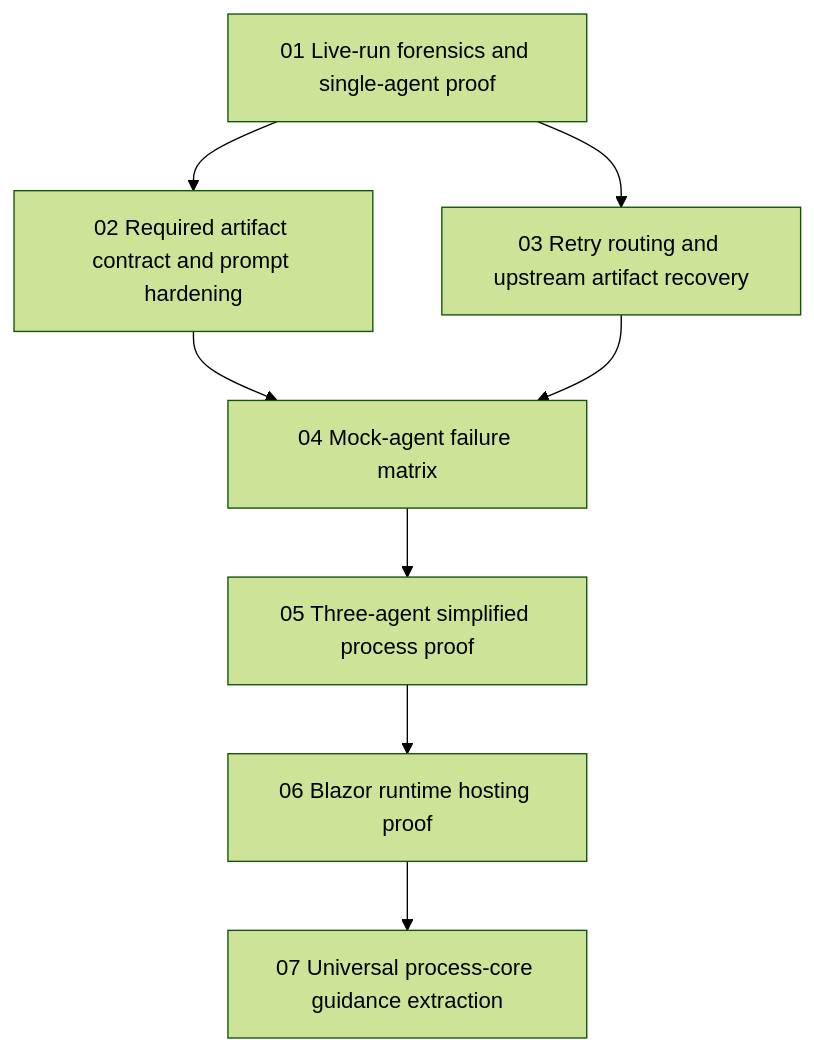
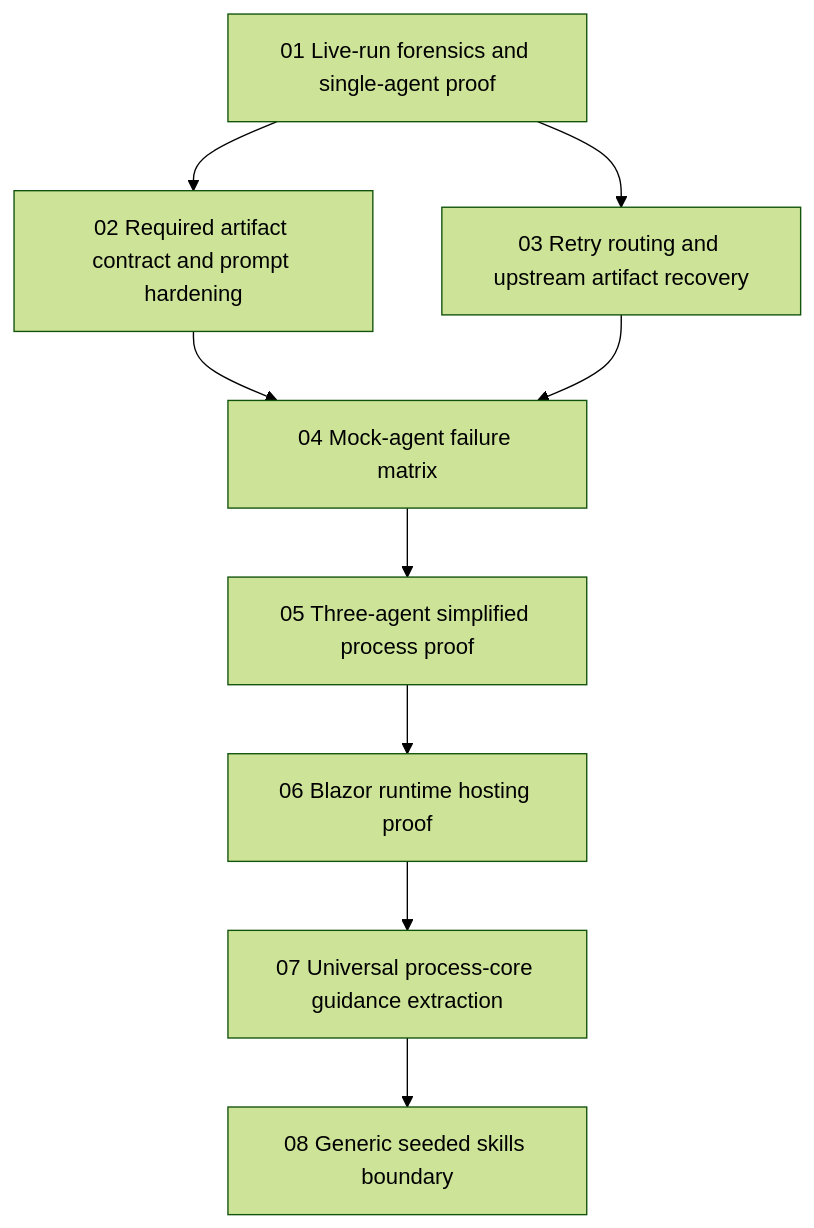
One commit to fyziktom/CanDoItAll changed the diagram in codex/bundles/agent-process-artifact-recovery-hardening/plan/01-phase-plan.md. Above: the diagram before and after it, drawn with Mermaid (forest theme). The commit also changed other lines of this file and 17 other files, not shown here.

````diff
--- a/codex/bundles/agent-process-artifact-recovery-hardening/plan/01-phase-plan.md
+++ b/codex/bundles/agent-process-artifact-recovery-hardening/plan/01-phase-plan.md
@@ -15,18 +16,20 @@
 ```mermaid
 flowchart TD
     SB01["01 Live-run forensics and single-agent proof"]
     SB02["02 Required artifact contract and prompt hardening"]
     SB03["03 Retry routing and upstream artifact recovery"]
     SB04["04 Mock-agent failure matrix"]
     SB05["05 Three-agent simplified process proof"]
     SB06["06 Blazor runtime hosting proof"]
     SB07["07 Universal process-core guidance extraction"]
+    SB08["08 Generic seeded skills boundary"]
 
     SB01 --> SB02
     SB01 --> SB03
     SB02 --> SB04
     SB03 --> SB04
     SB04 --> SB05
     SB05 --> SB06
     SB06 --> SB07
+    SB07 --> SB08
 ```
````
